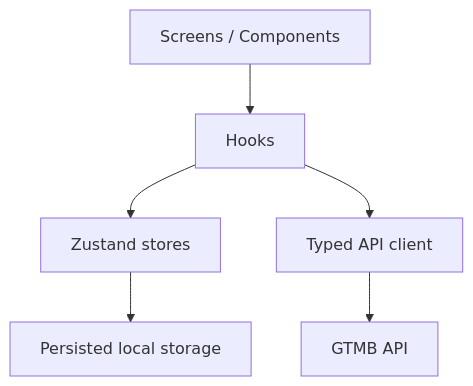
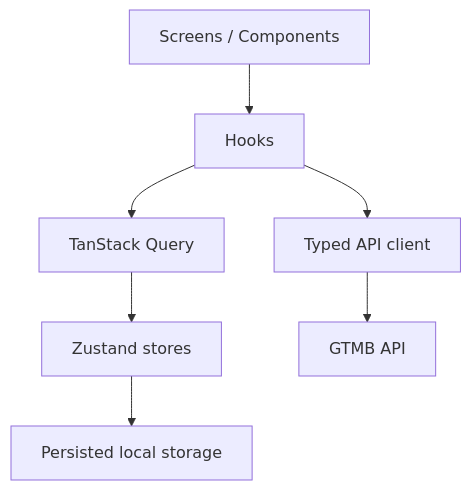
The diagram in ARCHITECTURE.md (Eri-itunu/gtmb), drawn with Mermaid before and after one commit. The commit also changed other lines of this file and 43 other files, not shown here.

````diff
--- a/ARCHITECTURE.md
+++ b/ARCHITECTURE.md
@@ -11,8 +11,9 @@
 ```mermaid
 flowchart TD
   UI["Screens / Components"] --> Hooks["Hooks"]
-  Hooks --> Stores["Zustand stores"]
+  Hooks --> Query["TanStack Query"]
+  Query --> Stores["Zustand stores"]
   Hooks --> API["Typed API client"]
   Stores --> AsyncStorage["Persisted local storage"]
   API --> Backend["GTMB API"]
 ```
````
